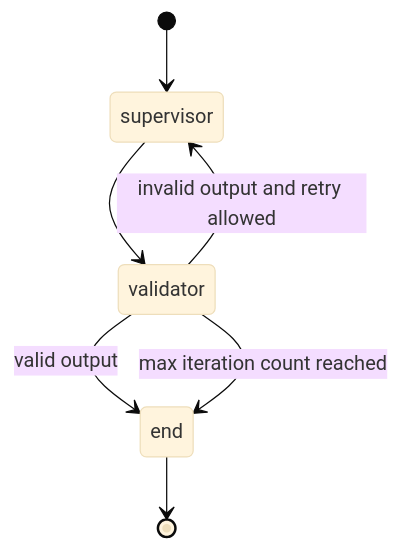
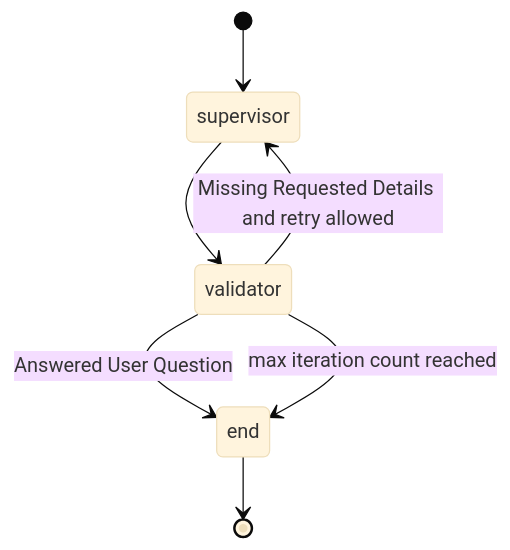
Before and after one commit to Vishwajit-github/legal_intelligence: the diagram in README.md, drawn with Mermaid (base theme). The commit also changed other lines of this file and 4 other files, not shown here.

Commit message:
Updated Architecture Flow Diagram

````diff
--- a/README.md
+++ b/README.md
@@ -161,9 +137,9 @@
 ```mermaid
 stateDiagram-v2
     [*] --> supervisor
     supervisor --> validator
-    validator --> end: valid output
-    validator --> supervisor: invalid output and retry allowed
+    validator --> end: Answered User Question
+    validator --> supervisor: Missing Requested Details and retry allowed
     validator --> end: max iteration count reached
     end --> [*]
 ```
````
